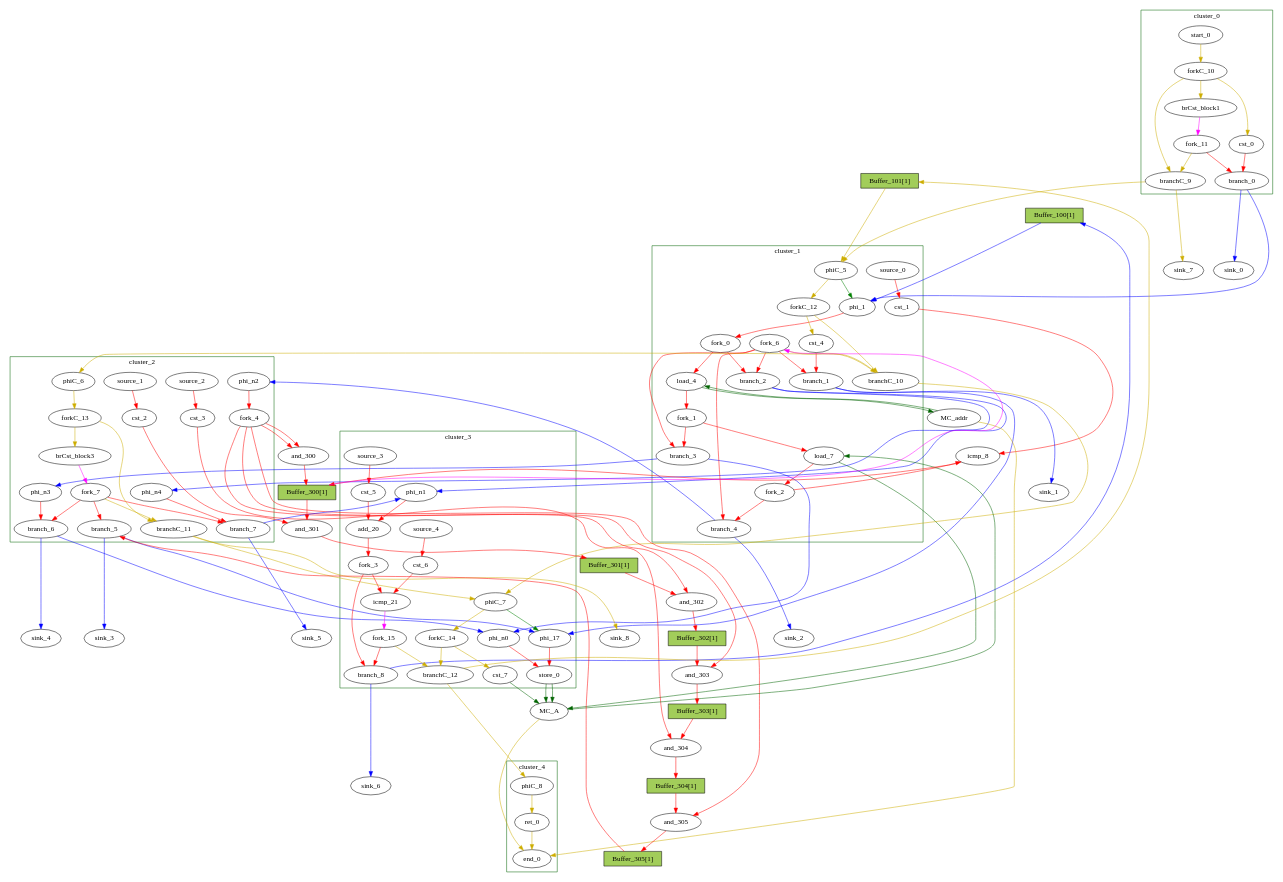
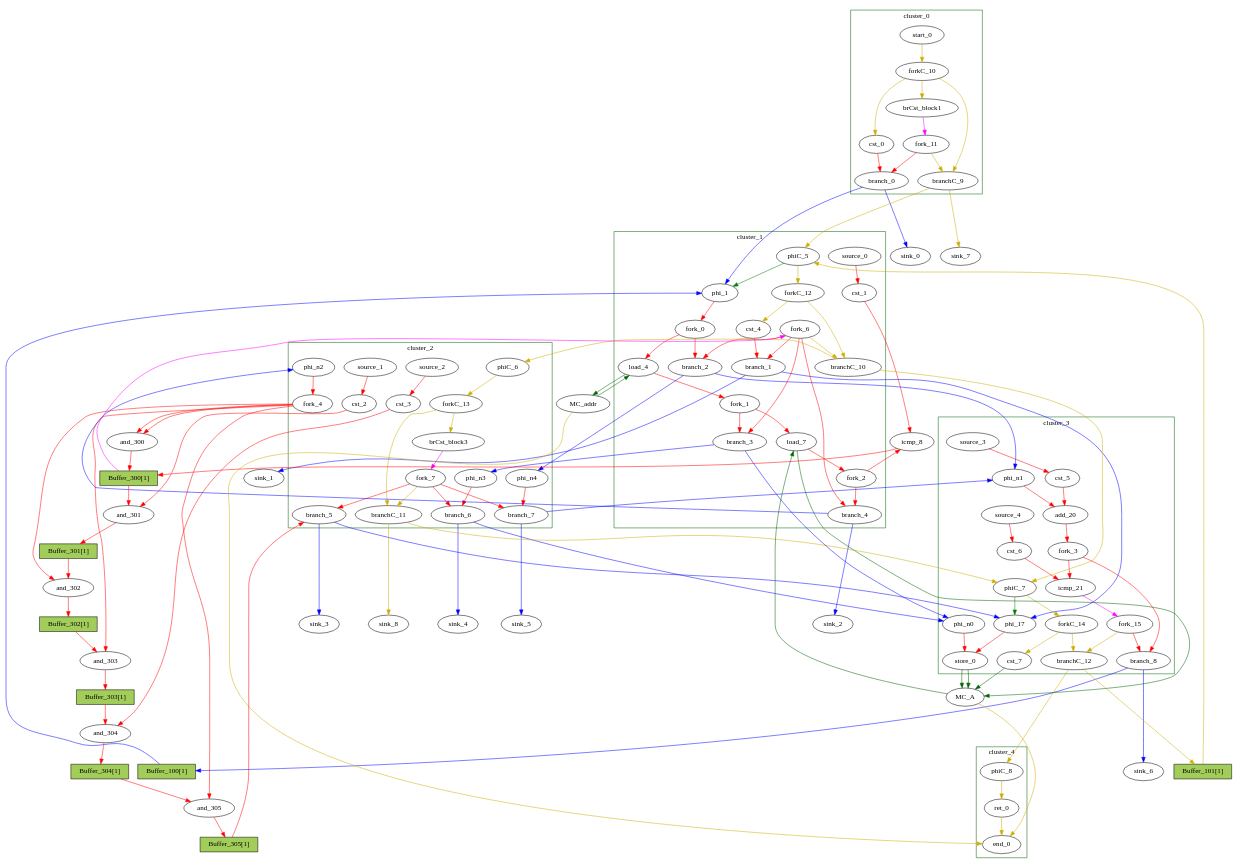
One commit to Nozidoali/MapBuf changed the diagram in RegressionTest/Examples/getTanh/reports/getTanh_decoy.dot. Above: the diagram before and after it, drawn with Graphviz. The commit also changed other lines of this file and 135 other files, not shown here.

```diff
--- a/RegressionTest/Examples/getTanh/reports/getTanh_decoy.dot
+++ b/RegressionTest/Examples/getTanh/reports/getTanh_decoy.dot
@@ -1,15 +1,52 @@
 Digraph G {
 	splines=spline;
-	subgraph cluster_cluster_0 {
+	subgraph cluster_cluster_3 {
 	color = "darkgreen";
-label = "cluster_0";
-		"brCst_block1" [type="Constant", in="in1:1", out="out1:1", bbID=1, value="0x1"];
-		"cst_0" [type="Constant", in="in1:1", out="out1:1", bbID=1, value="0x00000000"];
-		"branch_0" [type="Branch", in="in1:1 in2?:1", out="out1+:1 out2-:1", bbID=1];
-		"start_0" [type="Entry", in="in1:0", out="out1:0", bbID=1, control="true"];
-		"forkC_10" [type="Fork", in="in1:0", out="out1:0 out2:0 out3:0 ", bbID=1];
-		"branchC_9" [type="Branch", in="in1:0 in2?:1", out="out1+:0 out2-:0", bbID=1];
-		"fork_11" [type="Fork", in="in1:1", out="out1:1 out2:1 ", bbID=1];
+label = "cluster_3";
+		"phi_17" [type="Mux", in="in1?:1 in2:32 in3:32 ", out="out1:32", bbID=4, delay=1.397];
+		"store_0" [type="Operator", in="in1:32 in2:32 ", out="out1:32 out2:32 ", bbID=4, II=1, delay=0.672, latency=0, op="mc_store_op", portId=0];
+		"cst_5" [type="Constant", in="in1:1", out="out1:1", bbID=4, value="0x00000001"];
+		"add_20" [type="Operator", in="in1:10 in2:10 ", out="out1:10 ", bbID=4, II=1, delay=2.287, latency=0, op="add_op"];
+		"cst_6" [type="Constant", in="in1:10", out="out1:10", bbID=4, value="0x000003E8"];
+		"icmp_21" [type="Operator", in="in1:10 in2:10 ", out="out1:1 ", bbID=4, II=1, delay=1.907, latency=0, op="icmp_ult_op"];
+		"phi_n0" [type="Merge", in="in1:32 in2:32 ", out="out1:32", bbID=4, delay=1.397];
+		"phi_n1" [type="Merge", in="in1:10 in2:10 ", out="out1:10", bbID=4, delay=1.397];
+		"fork_3" [type="Fork", in="in1:10", out="out1:10 out2:10 ", bbID=4];
+		"branch_8" [type="Branch", in="in1:10 in2?:1", out="out1+:10 out2-:10", bbID=4];
+		"cst_7" [type="Constant", in="in1:1", out="out1:1", bbID=4, value="0x00000001"];
+		"phiC_7" [type="CntrlMerge", in="in1:0 in2:0 ", out="out1:0 out2?:1", bbID=4, delay=0.0];
+		"forkC_14" [type="Fork", in="in1:0", out="out1:0 out2:0 ", bbID=4];
+		"branchC_12" [type="Branch", in="in1:0 in2?:1", out="out1+:0 out2-:0", bbID=4];
+		"fork_15" [type="Fork", in="in1:1", out="out1:1 out2:1 ", bbID=4];
+		"source_3" [type="Source", out="out1:1", bbID=4];
+		"source_4" [type="Source", out="out1:10", bbID=4];
+	}
+	subgraph cluster_cluster_2 {
+	color = "darkgreen";
+label = "cluster_2";
+		"cst_2" [type="Constant", in="in1:32", out="out1:32", bbID=3, value="0x419C30C3"];
+		"cst_3" [type="Constant", in="in1:32", out="out1:32", bbID=3, value="0x406D1AD2"];
+		"brCst_block3" [type="Constant", in="in1:1", out="out1:1", bbID=3, value="0x1"];
+		"phi_n2" [type="Merge", in="in1:32 ", out="out1:32", bbID=3, delay=0.0];
+		"phi_n3" [type="Merge", in="in1:32 ", out="out1:32", bbID=3, delay=0.0];
+		"phi_n4" [type="Merge", in="in1:10 ", out="out1:10", bbID=3, delay=0.0];
+		"fork_4" [type="Fork", in="in1:32", out="out1:32 out2:32 out3:32 out4:32 out5:32 ", bbID=3];
+		"branch_5" [type="Branch", in="in1:32 in2?:1", out="out1+:32 out2-:32", bbID=3];
+		"branch_6" [type="Branch", in="in1:32 in2?:1", out="out1+:32 out2-:32", bbID=3];
+		"branch_7" [type="Branch", in="in1:10 in2?:1", out="out1+:10 out2-:10", bbID=3];
+		"fork_7" [type="Fork", in="in1:1", out="out1:1 out2:1 out3:1 out4:1 ", bbID=3];
+		"phiC_6" [type="Merge", in="in1:0 ", out="out1:0", bbID=3, delay=0.0];
+		"forkC_13" [type="Fork", in="in1:0", out="out1:0 out2:0 ", bbID=3];
+		"branchC_11" [type="Branch", in="in1:0 in2?:1", out="out1+:0 out2-:0", bbID=3];
+		"source_1" [type="Source", out="out1:32", bbID=3];
+		"source_2" [type="Source", out="out1:32", bbID=3];
+	}
+	subgraph cluster_cluster_4 {
+	color = "darkgreen";
+label = "cluster_4";
+		"ret_0" [type="Operator", in="in1:0 ", out="out1:0 ", bbID=5, II=1, delay=0.0, latency=0, op="ret_op"];
+		"end_0" [type="Exit", in="in1:0*e in2:0*e in3:0 ", out="out1:0", bbID=0];
+		"phiC_8" [type="Merge", in="in1:0 ", out="out1:0", bbID=5, delay=0.0];
 	}
 	subgraph cluster_cluster_1 {
 	color = "darkgreen";
@@ -32,53 +69,16 @@
 		"branchC_10" [type="Branch", in="in1:0 in2?:1", out="out1+:0 out2-:0", bbID=2];
 		"source_0" [type="Source", out="out1:32", bbID=2];
 	}
-	subgraph cluster_cluster_4 {
+	subgraph cluster_cluster_0 {
 	color = "darkgreen";
-label = "cluster_4";
-		"ret_0" [type="Operator", in="in1:0 ", out="out1:0 ", bbID=5, II=1, delay=0.0, latency=0, op="ret_op"];
-		"end_0" [type="Exit", in="in1:0*e in2:0*e in3:0 ", out="out1:0", bbID=0];
-		"phiC_8" [type="Merge", in="in1:0 ", out="out1:0", bbID=5, delay=0.0];
-	}
-	subgraph cluster_cluster_2 {
-	color = "darkgreen";
-label = "cluster_2";
-		"cst_2" [type="Constant", in="in1:32", out="out1:32", bbID=3, value="0x419C30C3"];
-		"cst_3" [type="Constant", in="in1:32", out="out1:32", bbID=3, value="0x406D1AD2"];
-		"brCst_block3" [type="Constant", in="in1:1", out="out1:1", bbID=3, value="0x1"];
-		"phi_n2" [type="Merge", in="in1:32 ", out="out1:32", bbID=3, delay=0.0];
-		"phi_n3" [type="Merge", in="in1:32 ", out="out1:32", bbID=3, delay=0.0];
-		"phi_n4" [type="Merge", in="in1:10 ", out="out1:10", bbID=3, delay=0.0];
-		"fork_4" [type="Fork", in="in1:32", out="out1:32 out2:32 out3:32 out4:32 out5:32 ", bbID=3];
-		"branch_5" [type="Branch", in="in1:32 in2?:1", out="out1+:32 out2-:32", bbID=3];
-		"branch_6" [type="Branch", in="in1:32 in2?:1", out="out1+:32 out2-:32", bbID=3];
-		"branch_7" [type="Branch", in="in1:10 in2?:1", out="out1+:10 out2-:10", bbID=3];
-		"fork_7" [type="Fork", in="in1:1", out="out1:1 out2:1 out3:1 out4:1 ", bbID=3];
-		"phiC_6" [type="Merge", in="in1:0 ", out="out1:0", bbID=3, delay=0.0];
-		"forkC_13" [type="Fork", in="in1:0", out="out1:0 out2:0 ", bbID=3];
-		"branchC_11" [type="Branch", in="in1:0 in2?:1", out="out1+:0 out2-:0", bbID=3];
-		"source_1" [type="Source", out="out1:32", bbID=3];
-		"source_2" [type="Source", out="out1:32", bbID=3];
-	}
-	subgraph cluster_cluster_3 {
-	color = "darkgreen";
-label = "cluster_3";
-		"phi_17" [type="Mux", in="in1?:1 in2:32 in3:32 ", out="out1:32", bbID=4, delay=1.397];
-		"store_0" [type="Operator", in="in1:32 in2:32 ", out="out1:32 out2:32 ", bbID=4, II=1, delay=0.672, latency=0, op="mc_store_op", portId=0];
-		"cst_5" [type="Constant", in="in1:1", out="out1:1", bbID=4, value="0x00000001"];
-		"add_20" [type="Operator", in="in1:10 in2:10 ", out="out1:10 ", bbID=4, II=1, delay=2.287, latency=0, op="add_op"];
-		"cst_6" [type="Constant", in="in1:10", out="out1:10", bbID=4, value="0x000003E8"];
-		"icmp_21" [type="Operator", in="in1:10 in2:10 ", out="out1:1 ", bbID=4, II=1, delay=1.907, latency=0, op="icmp_ult_op"];
-		"phi_n0" [type="Merge", in="in1:32 in2:32 ", out="out1:32", bbID=4, delay=1.397];
-		"phi_n1" [type="Merge", in="in1:10 in2:10 ", out="out1:10", bbID=4, delay=1.397];
-		"fork_3" [type="Fork", in="in1:10", out="out1:10 out2:10 ", bbID=4];
-		"branch_8" [type="Branch", in="in1:10 in2?:1", out="out1+:10 out2-:10", bbID=4];
-		"cst_7" [type="Constant", in="in1:1", out="out1:1", bbID=4, value="0x00000001"];
-		"phiC_7" [type="CntrlMerge", in="in1:0 in2:0 ", out="out1:0 out2?:1", bbID=4, delay=0.0];
-		"forkC_14" [type="Fork", in="in1:0", out="out1:0 out2:0 ", bbID=4];
-		"branchC_12" [type="Branch", in="in1:0 in2?:1", out="out1+:0 out2-:0", bbID=4];
-		"fork_15" [type="Fork", in="in1:1", out="out1:1 out2:1 ", bbID=4];
-		"source_3" [type="Source", out="out1:1", bbID=4];
-		"source_4" [type="Source", out="out1:10", bbID=4];
+label = "cluster_0";
+		"brCst_block1" [type="Constant", in="in1:1", out="out1:1", bbID=1, value="0x1"];
+		"cst_0" [type="Constant", in="in1:1", out="out1:1", bbID=1, value="0x00000000"];
+		"branch_0" [type="Branch", in="in1:1 in2?:1", out="out1+:1 out2-:1", bbID=1];
+		"start_0" [type="Entry", in="in1:0", out="out1:0", bbID=1, control="true"];
+		"forkC_10" [type="Fork", in="in1:0", out="out1:0 out2:0 out3:0 ", bbID=1];
+		"branchC_9" [type="Branch", in="in1:0 in2?:1", out="out1+:0 out2-:0", bbID=1];
+		"fork_11" [type="Fork", in="in1:1", out="out1:1 out2:1 ", bbID=1];
 	}
 		"MC_addr" [type="MC", in="in1:10*l0a ", out="out1:32*l0d out2:0*e ", bbID=0, bbcount=0, ldcount=1, memory="addr", stcount=0];
 		"MC_A" [type="MC", in="in1:32*c0 in2:32*l0a in3:32*s0a in4:32*s0d ", out="out1:32*l0d out2:0*e ", bbID=0, bbcount=1, ldcount=1, memory="A", stcount=1];
```
